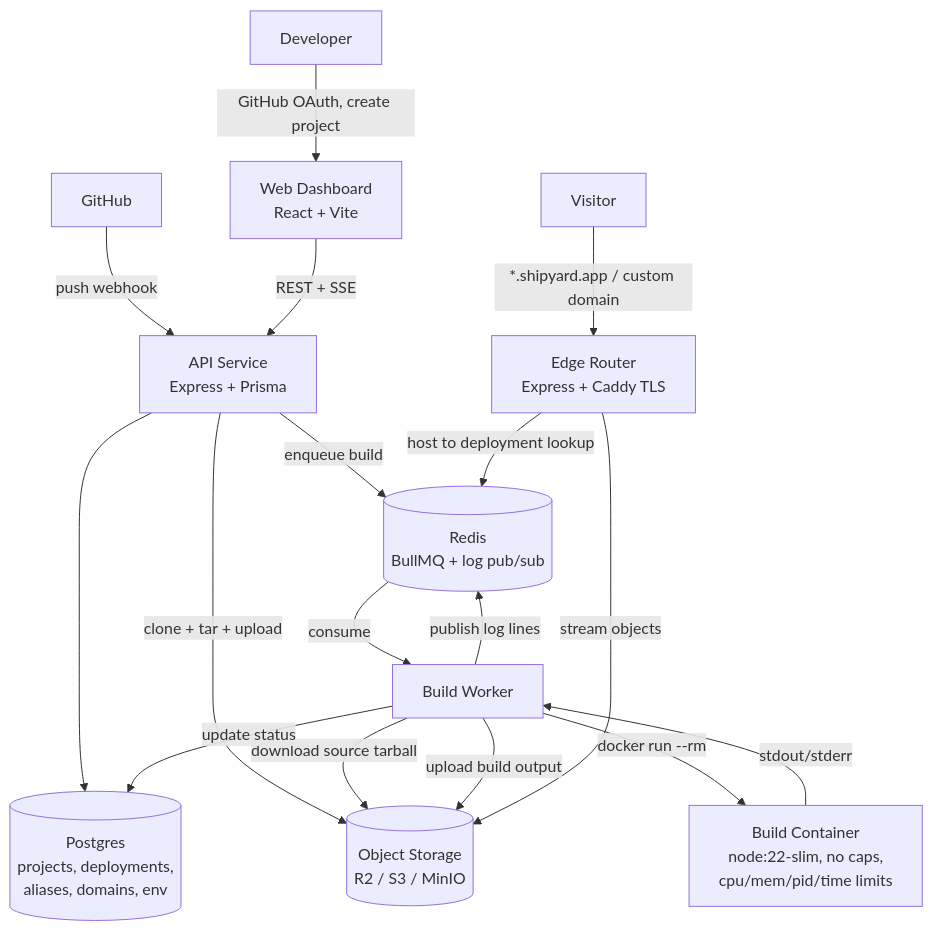
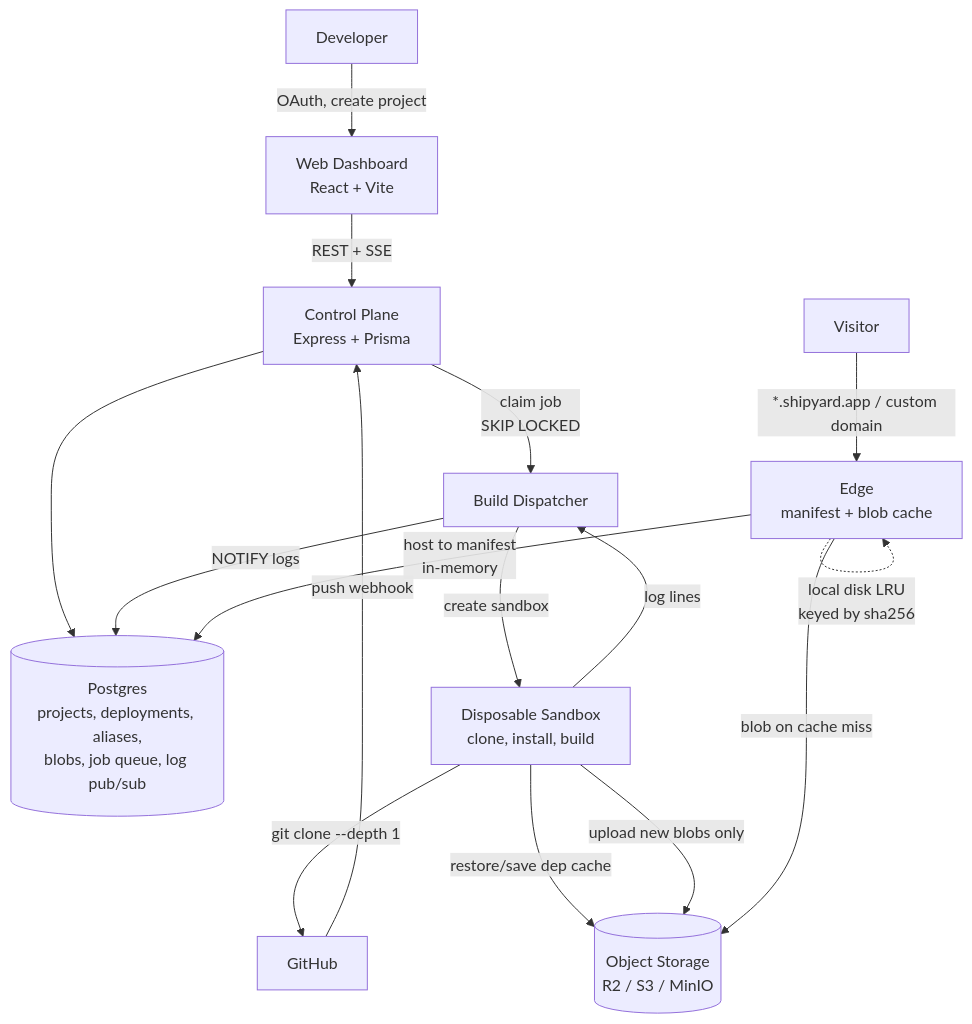
One commit to isthatsahil/shipyard changed the diagram in docs/WORK_PLAN.md. Above: the diagram before and after it, drawn with Mermaid. The commit also changed other lines of this file and 1 other file, not shown here.

````diff
--- a/docs/WORK_PLAN.md
+++ b/docs/WORK_PLAN.md
@@ -51,22 +122,21 @@
 ```mermaid
 flowchart TB
-    Dev[Developer] -->|GitHub OAuth, create project| Web[Web Dashboard<br/>React + Vite]
+    Dev[Developer] -->|OAuth, create project| Web[Web Dashboard<br/>React + Vite]
     GH[GitHub] -->|push webhook| API
-    Web -->|REST + SSE| API[API Service<br/>Express + Prisma]
+    Web -->|REST + SSE| API[Control Plane<br/>Express + Prisma]
 
-    API --> PG[(Postgres<br/>projects, deployments,<br/>aliases, domains, env)]
-    API -->|enqueue build| Q[(Redis<br/>BullMQ + log pub/sub)]
-    API -->|clone + tar + upload| S3[(Object Storage<br/>R2 / S3 / MinIO)]
+    API --> PG[(Postgres<br/>projects, deployments, aliases,<br/>blobs, job queue, log pub/sub)]
 
-    Q -->|consume| W[Build Worker]
-    W -->|download source tarball| S3
-    W -->|docker run --rm| C[Build Container<br/>node:22-slim, no caps,<br/>cpu/mem/pid/time limits]
-    C -->|stdout/stderr| W
-    W -->|publish log lines| Q
-    W -->|upload build output| S3
-    W -->|update status| PG
+    API -->|claim job<br/>SKIP LOCKED| BD[Build Dispatcher]
+    BD -->|create sandbox| SB[Disposable Sandbox<br/>clone, install, build]
+    SB -->|git clone --depth 1| GH
+    SB -->|restore/save dep cache| ST[(Object Storage<br/>R2 / S3 / MinIO)]
+    SB -->|upload new blobs only| ST
+    SB -->|log lines| BD
+    BD -->|NOTIFY logs| PG
 
-    User[Visitor] -->|"*.shipyard.app / custom domain"| Edge[Edge Router<br/>Express + Caddy TLS]
-    Edge -->|host to deployment lookup| Q
-    Edge -->|stream objects| S3
+    User[Visitor] -->|"*.shipyard.app / custom domain"| Edge[Edge<br/>manifest + blob cache]
+    Edge -->|host to manifest<br/>in-memory| PG
+    Edge -->|blob on cache miss| ST
+    Edge -.->|local disk LRU<br/>keyed by sha256| Edge
 ```
````
